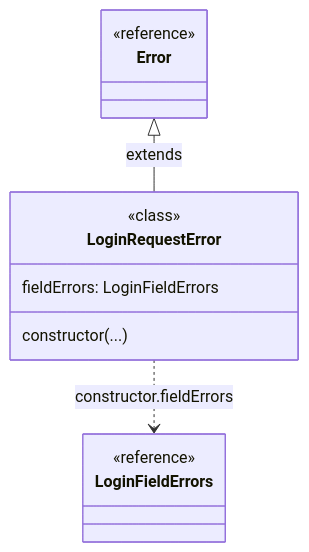
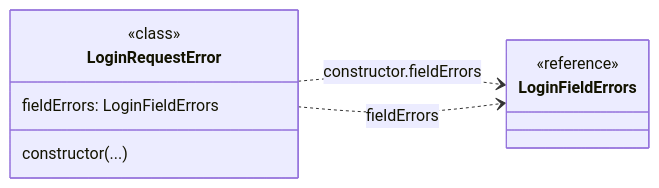
Before and after one commit to gpgsistemas01/nexus: the ninth of 21 diagrams in front/docs/architecture/views/logical/type-reference/auth.md, drawn with Mermaid. The commit also changed other lines of this file and 37 other files, not shown here.

Commit message:
docs: depurar diagramas y conservar contratos propios del frontend

````diff
--- a/front/docs/architecture/views/logical/type-reference/auth.md
+++ b/front/docs/architecture/views/logical/type-reference/auth.md
@@ -296,17 +263,14 @@
 ```mermaid
 classDiagram
-    direction TB
+    direction LR
     class Subject["LoginRequestError"] {
         <<class>>
         constructor(...)
         fieldErrors: LoginFieldErrors
     }
-    class R0["Error"] {
+    class R0["LoginFieldErrors"] {
         <<reference>>
     }
-    class R1["LoginFieldErrors"] {
-        <<reference>>
-    }
-    R0 <|-- Subject : extends
-    Subject ..> R1 : constructor.fieldErrors
+    Subject ..> R0 : constructor.fieldErrors
+    Subject ..> R0 : fieldErrors
 ```
````
